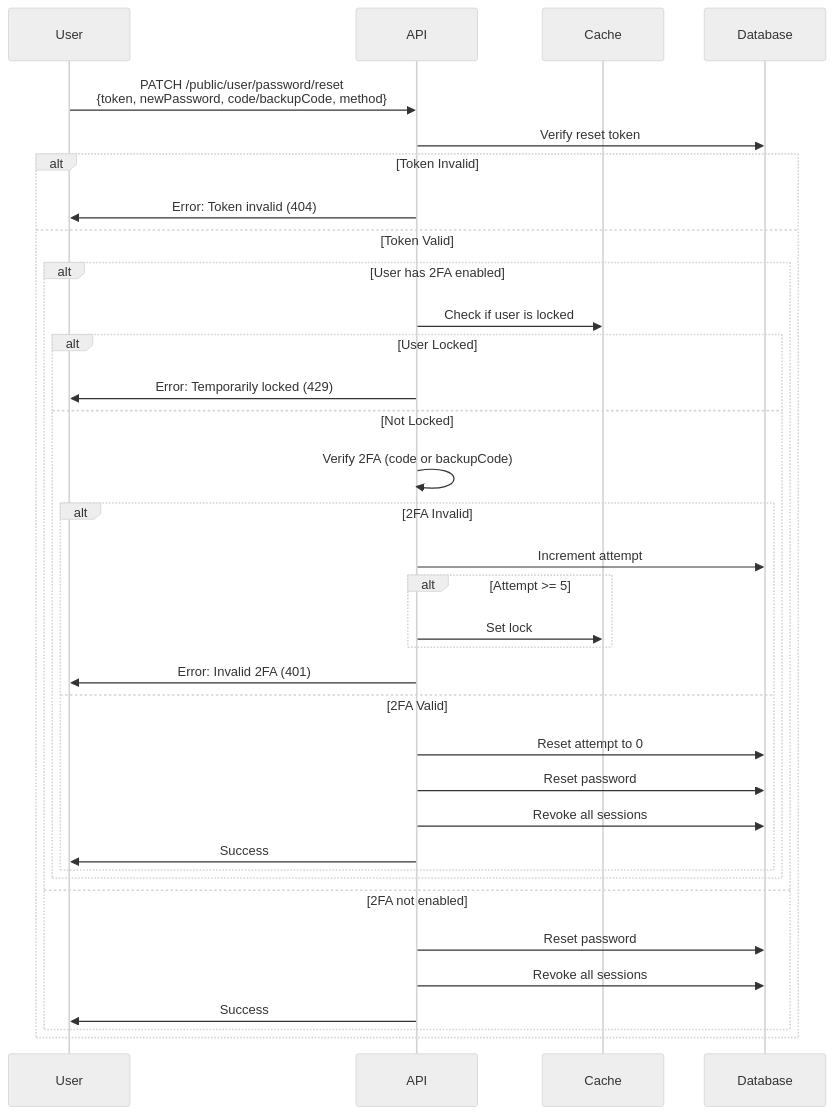
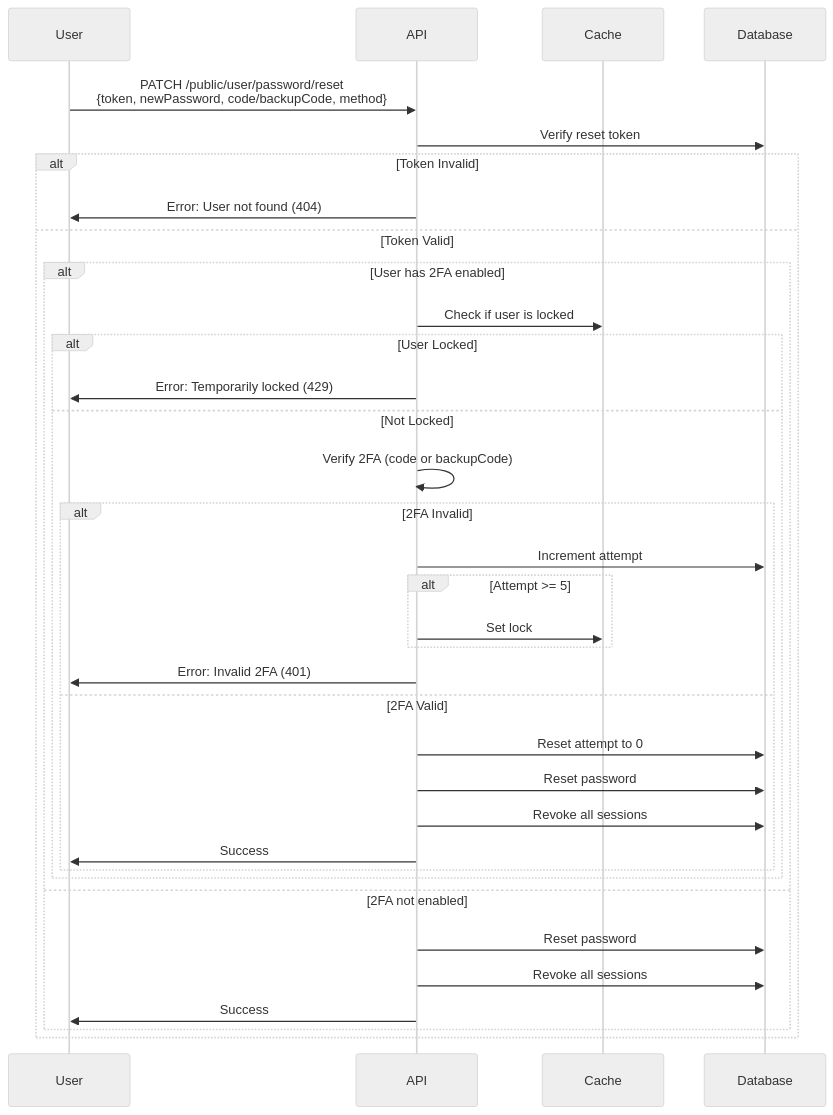
The eighth of 9 diagrams in docs/two-factor.md (andrechristikan/ack-nestjs-boilerplate), drawn with Mermaid (neutral theme) before and after one commit. The commit also changed other lines of this file and 31 other files, not shown here.

````diff
--- a/docs/two-factor.md
+++ b/docs/two-factor.md
@@ -431,38 +431,38 @@
 ```mermaid
 sequenceDiagram
     participant User
     participant API
     participant Cache
     participant Database
 
     User->>API: PATCH /public/user/password/reset<br/>{token, newPassword, code/backupCode, method}
     API->>Database: Verify reset token
     alt Token Invalid
-        API->>User: Error: Token invalid (404)
+        API->>User: Error: User not found (404)
     else Token Valid
         alt User has 2FA enabled
             API->>Cache: Check if user is locked
             alt User Locked
                 API->>User: Error: Temporarily locked (429)
             else Not Locked
                 API->>API: Verify 2FA (code or backupCode)
                 alt 2FA Invalid
                     API->>Database: Increment attempt
                     alt Attempt >= 5
                         API->>Cache: Set lock
                     end
                     API->>User: Error: Invalid 2FA (401)
                 else 2FA Valid
                     API->>Database: Reset attempt to 0
                     API->>Database: Reset password
                     API->>Database: Revoke all sessions
                     API->>User: Success
                 end
             end
         else 2FA not enabled
             API->>Database: Reset password
             API->>Database: Revoke all sessions
             API->>User: Success
         end
     end
 ```
````
